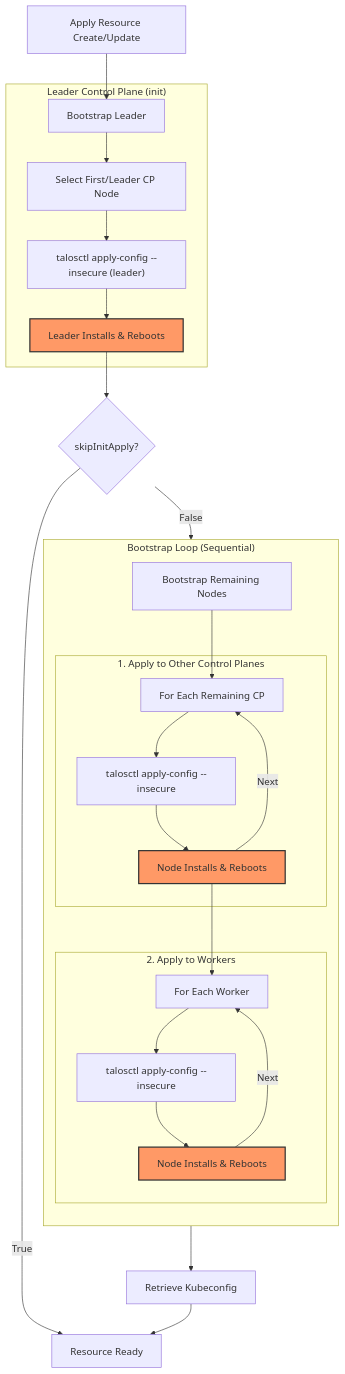
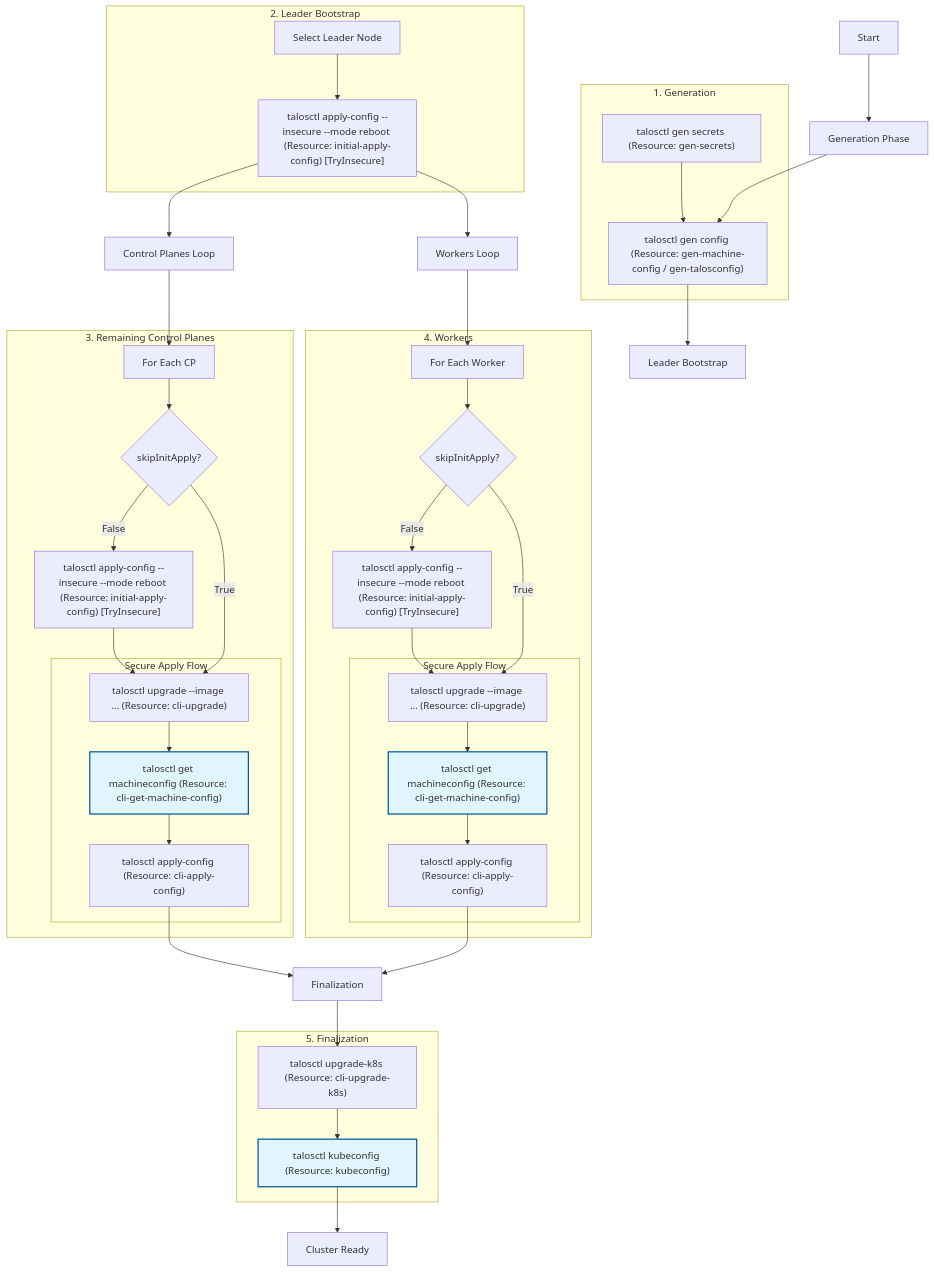
One commit to spigell/pulumi-talos-cluster changed the diagram in AGENTS.md. Above: the diagram before and after it, drawn with Mermaid. The commit also changed other lines of this file and 120 other files, not shown here.

````diff
--- a/AGENTS.md
+++ b/AGENTS.md
@@ -101,48 +101,80 @@
 ```mermaid
 flowchart TD
-    Start["Apply Resource Create/Update"] --> LeaderStart["Bootstrap Leader"]
+    %% Define Styles
+    classDef getResource fill:#e1f5fe,stroke:#01579b,stroke-width:2px;
 
-    subgraph LeaderPhase["Leader Control Plane (init)"]
-        InitCP["Select First/Leader CP Node"]
-        ApplyLeader["talosctl apply-config --insecure (leader)"]
-        RebootLeader["Leader Installs & Reboots"]
+    Start["Start"] --> GenPhase["Generation Phase"]
 
-        LeaderStart --> InitCP --> ApplyLeader --> RebootLeader
+    subgraph Gen["1. Generation"]
+        GenSecrets["talosctl gen secrets (Resource: gen-secrets)"]
+        GenConfigs["talosctl gen config (Resource: gen-machine-config / gen-talosconfig)"]
+        GenSecrets --> GenConfigs
+    end
+    
+    GenPhase --> GenConfigs
+    GenConfigs --> LeaderPhase["Leader Bootstrap"]
+
+    subgraph Leader["2. Leader Bootstrap"]
+        LeaderNode["Select Leader Node"]
+        LeaderApply["talosctl apply-config --insecure --mode reboot (Resource: initial-apply-config) [TryInsecure]"]
+        
+        LeaderNode --> LeaderApply
     end
 
-    RebootLeader --> CheckSkip{"skipInitApply?"}
+    LeaderApply --> CPPhase["Control Planes Loop"]
+    LeaderApply --> WorkerPhase["Workers Loop"]
 
-    CheckSkip -- "False" --> BootstrapStart[Bootstrap Remaining Nodes]
-    CheckSkip -- "True" --> Done
-
-    subgraph BootstrapLoop["Bootstrap Loop (Sequential)"]
-        direction TB
-
-        subgraph CPPhase["1. Apply to Other Control Planes"]
-            IterateCP["For Each Remaining CP"]
-            ApplyConfigCP["talosctl apply-config --insecure"]
-            RebootCP["Node Installs & Reboots"]
-
-            IterateCP --> ApplyConfigCP --> RebootCP
-            RebootCP -- "Next" --> IterateCP
+    subgraph CPs["3. Remaining Control Planes"]
+        CPIter["For Each CP"]
+        CPSkip{"skipInitApply?"}
+        CPInit["talosctl apply-config --insecure --mode reboot (Resource: initial-apply-config) [TryInsecure]"]
+        
+        subgraph CPSecureFlow["Secure Apply Flow"]
+            CPUpgrade["talosctl upgrade --image ... (Resource: cli-upgrade)"]
+            CPGet["talosctl get machineconfig (Resource: cli-get-machine-config)"]
+            CPApply["talosctl apply-config (Resource: cli-apply-config)"]
+            CPUpgrade --> CPGet --> CPApply
         end
 
-        subgraph WorkerPhase["2. Apply to Workers"]
-            IterateWork["For Each Worker"]
-            ApplyConfigWork["talosctl apply-config --insecure"]
-            RebootWork["Node Installs & Reboots"]
+        CPIter --> CPSkip
+        CPSkip -- "False" --> CPInit --> CPUpgrade
+        CPSkip -- "True" --> CPUpgrade
+    end
 
-            IterateWork --> ApplyConfigWork --> RebootWork
-            RebootWork -- "Next" --> IterateWork
+    CPPhase --> CPIter
+    
+    subgraph Workers["4. Workers"]
+        WorkIter["For Each Worker"]
+        WorkSkip{"skipInitApply?"}
+        WorkInit["talosctl apply-config --insecure --mode reboot (Resource: initial-apply-config) [TryInsecure]"]
+        
+        subgraph WorkSecureFlow["Secure Apply Flow"]
+            WorkUpgrade["talosctl upgrade --image ... (Resource: cli-upgrade)"]
+            WorkGet["talosctl get machineconfig (Resource: cli-get-machine-config)"]
+            WorkApply["talosctl apply-config (Resource: cli-apply-config)"]
+            WorkUpgrade --> WorkGet --> WorkApply
         end
 
-        BootstrapStart --> IterateCP
-        RebootCP --> IterateWork
+        WorkIter --> WorkSkip
+        WorkSkip -- "False" --> WorkInit --> WorkUpgrade
+        WorkSkip -- "True" --> WorkUpgrade
     end
 
-    IterateWork --> Kubeconfig["Retrieve Kubeconfig"]
-    Kubeconfig --> Done["Resource Ready"]
+    WorkerPhase --> WorkIter
+    
+    CPApply --> FinalPhase["Finalization"]
+    WorkApply --> FinalPhase
 
-    classDef dangerous fill:#f96,stroke:#333,stroke-width:2px;
-    class RebootLeader,RebootCP,RebootWork dangerous;
+    subgraph Final["5. Finalization"]
+        Upgrade["talosctl upgrade-k8s (Resource: cli-upgrade-k8s)"]
+        Kubeconfig["talosctl kubeconfig (Resource: kubeconfig)"]
+        
+        Upgrade --> Kubeconfig
+    end
+
+    FinalPhase --> Upgrade
+    Kubeconfig --> Done["Cluster Ready"]
+
+    %% Apply Styles
+    class CPGet,WorkGet,Kubeconfig getResource;
 ```
````
